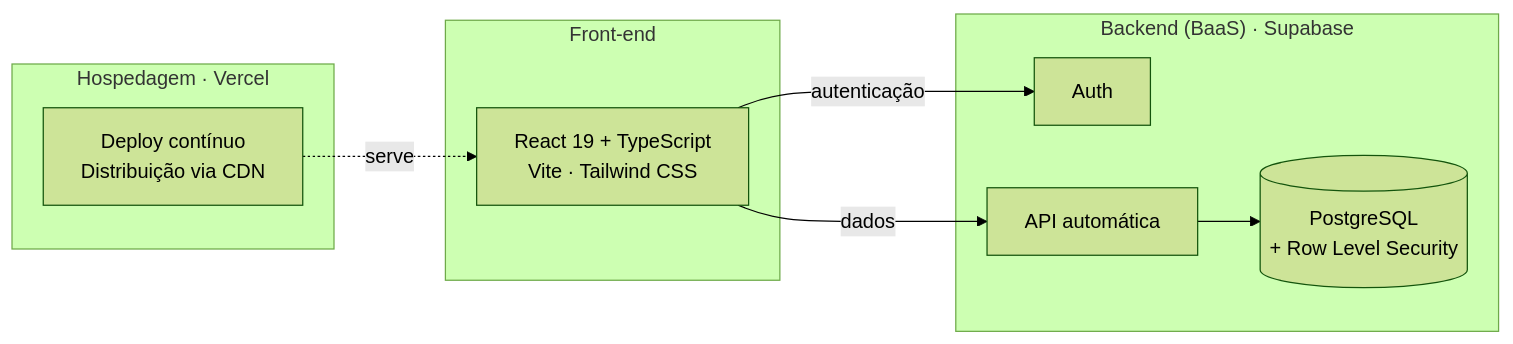
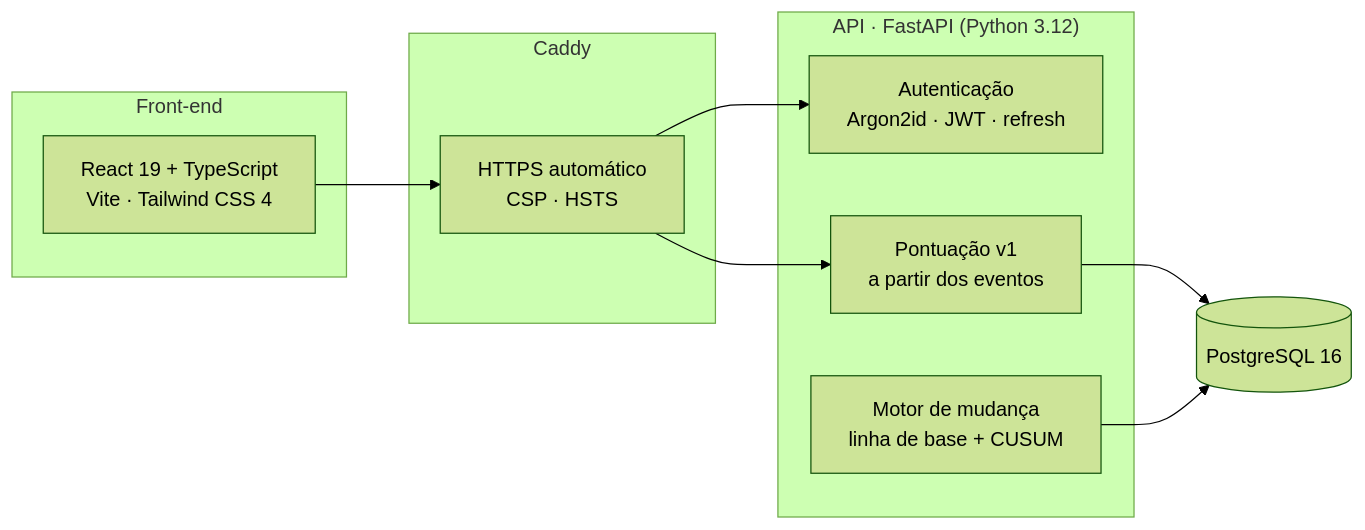
One commit to MylenaLuz/cogni changed the second of 2 diagrams in README.md. Above: the diagram before and after it, drawn with Mermaid (forest theme). The commit also changed other lines of this file and 2 other files, not shown here.

First line of the commit message:
ci: GitHub Actions para front-end e API; README e plano atualizados [F0.9, F1.5]

````diff
--- a/README.md
+++ b/README.md
@@ -175,17 +130,18 @@
 ```mermaid
 flowchart LR
     subgraph FE["Front-end"]
-        R["React 19 + TypeScript<br/>Vite · Tailwind CSS"]
+        R["React 19 + TypeScript<br/>Vite · Tailwind CSS 4"]
     end
-    subgraph BE["Backend (BaaS) · Supabase"]
-        AU["Auth"]
-        API["API automática"]
-        DB[("PostgreSQL<br/>+ Row Level Security")]
+    subgraph RP["Caddy"]
+        TLS["HTTPS automático<br/>CSP · HSTS"]
     end
-    subgraph HO["Hospedagem · Vercel"]
-        CDN["Deploy contínuo<br/>Distribuição via CDN"]
+    subgraph BE["API · FastAPI (Python 3.12)"]
+        AU["Autenticação<br/>Argon2id · JWT · refresh"]
+        SC["Pontuação v1<br/>a partir dos eventos"]
+        MO["Motor de mudança<br/>linha de base + CUSUM"]
     end
-    R -- "autenticação" --> AU
-    R -- "dados" --> API --> DB
-    CDN -. "serve" .-> R
+    DB[("PostgreSQL 16")]
+    R --> TLS --> AU
+    TLS --> SC --> DB
+    MO --> DB
 ```
````
